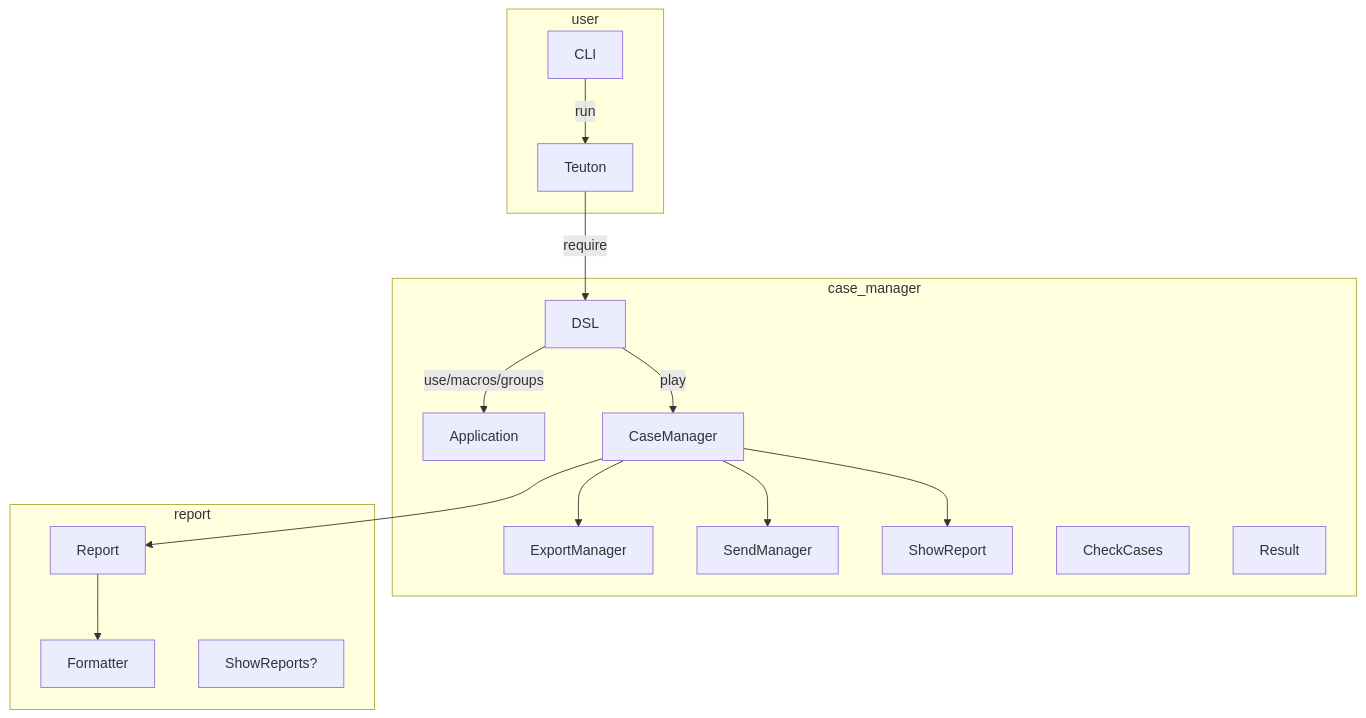
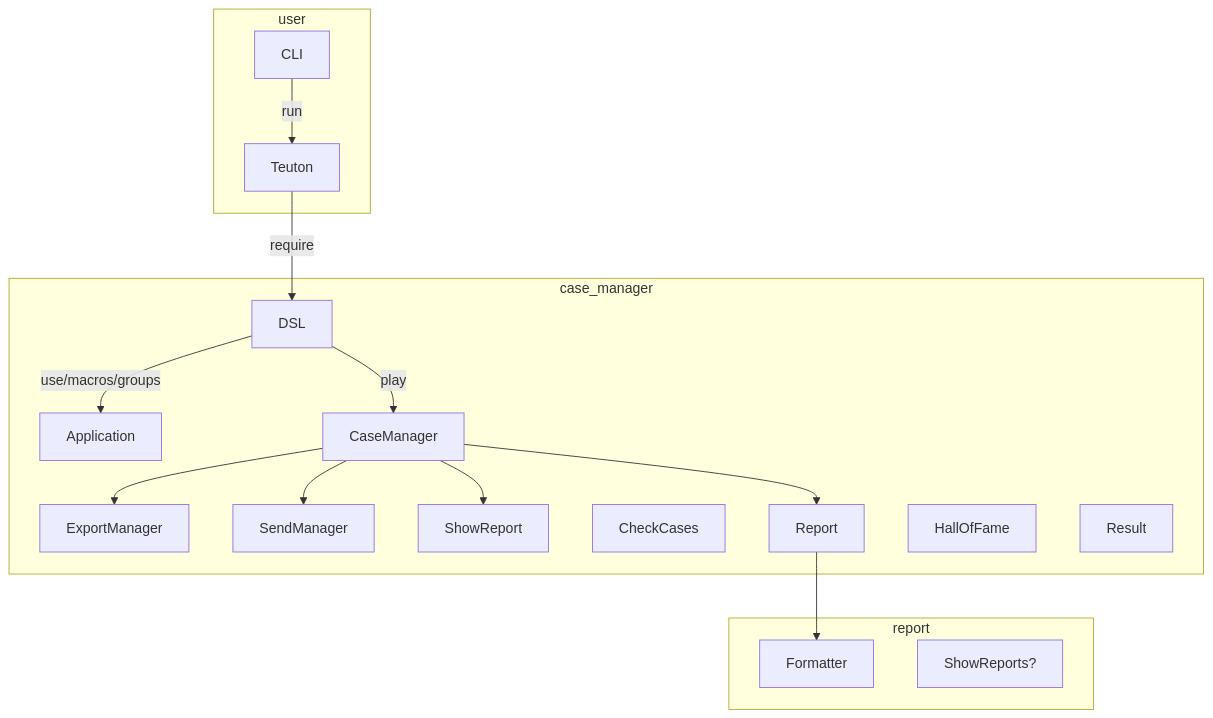
The second of 2 diagrams in docs/diagram.md (teuton-software/teuton), drawn with Mermaid before and after one commit. The commit also changed 2 other files, not shown here.

````diff
--- a/docs/diagram.md
+++ b/docs/diagram.md
@@ -43,25 +43,27 @@
 ```mermaid
 flowchart TB
 
 subgraph user
   CLI -- run --> Teuton
 end
 
 subgraph case_manager
   Teuton -- require --> DSL
   DSL -- use/macros/groups --> Application
   DSL -- play --> CaseManager
   CaseManager --> ExportManager
   CaseManager --> SendManager
   CaseManager --> ShowReport
   CheckCases
+  Report
+  HallOfFame
   Result
 end
 
 subgraph report
   CaseManager --> Report
   Report --> Formatter
 
   ShowReports?
 end
 ```
````
